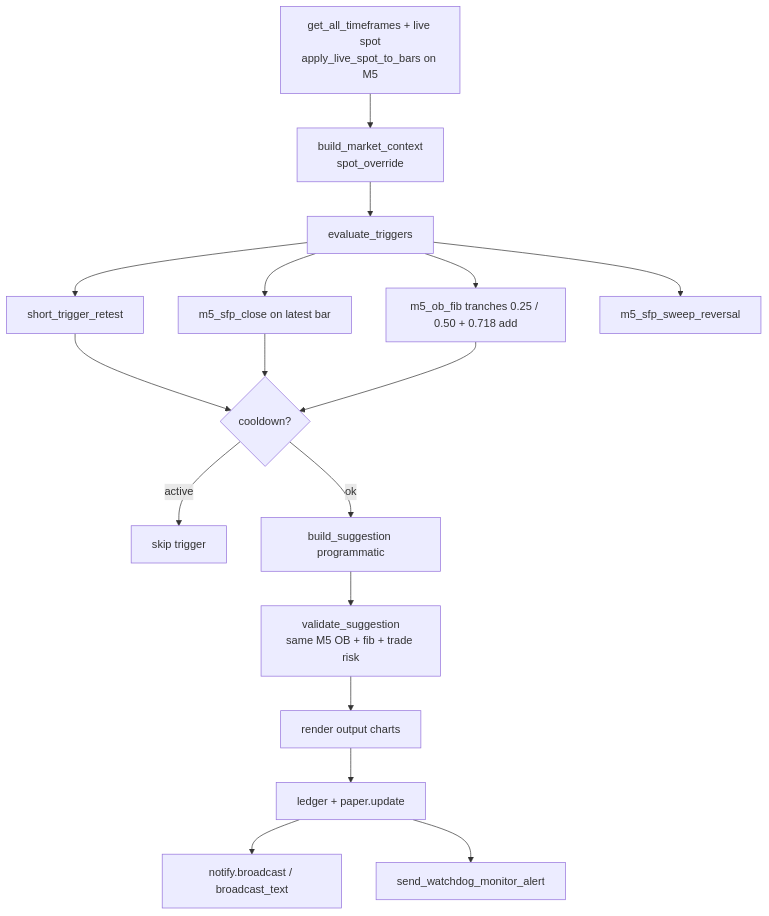
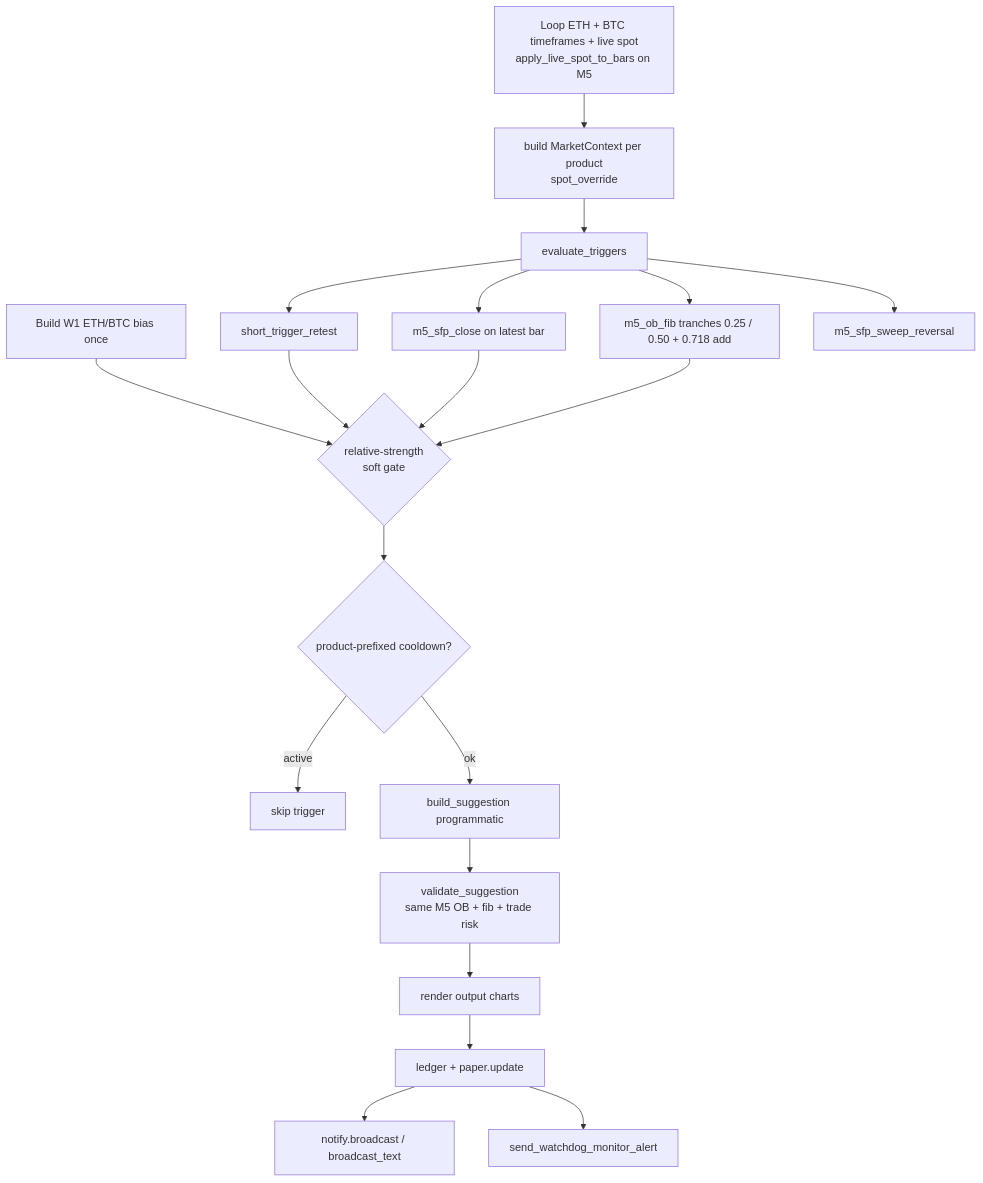
The fourth of 6 diagrams in deploy/PROJECT_STATE.md (abagui11/kalshi_trading_bot), drawn with Mermaid before and after one commit. The commit also changed other lines of this file and 33 other files, not shown here.

First line of the commit message:
Ship dual-asset ETH/BTC paper book with Fund contributions and USD-notional sizing.

````diff
--- a/deploy/PROJECT_STATE.md
+++ b/deploy/PROJECT_STATE.md
@@ -137,21 +145,23 @@
 ```mermaid
 flowchart TD
-    WD1[get_all_timeframes + live spot<br/>apply_live_spot_to_bars on M5] --> CTX2[build_market_context<br/>spot_override]
+    WD1[Loop ETH + BTC timeframes + live spot<br/>apply_live_spot_to_bars on M5] --> CTX2[build MarketContext per product<br/>spot_override]
+    RS2[Build W1 ETH/BTC bias once] --> RSG{relative-strength<br/>soft gate}
     CTX2 --> TRG[evaluate_triggers]
     TRG --> T1[short_trigger_retest]
     TRG --> T2[m5_sfp_close on latest bar]
     TRG --> T3[m5_ob_fib tranches 0.25 / 0.50 + 0.718 add]
     TRG --> T4[m5_sfp_sweep_reversal]
 
-    T1 --> CD{cooldown?}
-    T2 --> CD
-    T3 --> CD
+    T1 --> RSG
+    T2 --> RSG
+    T3 --> RSG
+    RSG --> CD{product-prefixed cooldown?}
     CD -->|active| WSKIP[skip trigger]
     CD -->|ok| BS[build_suggestion programmatic]
 
     BS --> V2[validate_suggestion<br/>same M5 OB + fib + trade risk]
     V2 --> WCH[render output charts]
     WCH --> WLG[ledger + paper.update]
     WLG --> WBD[notify.broadcast / broadcast_text]
     WLG --> WAL[send_watchdog_monitor_alert]
 ```
````
